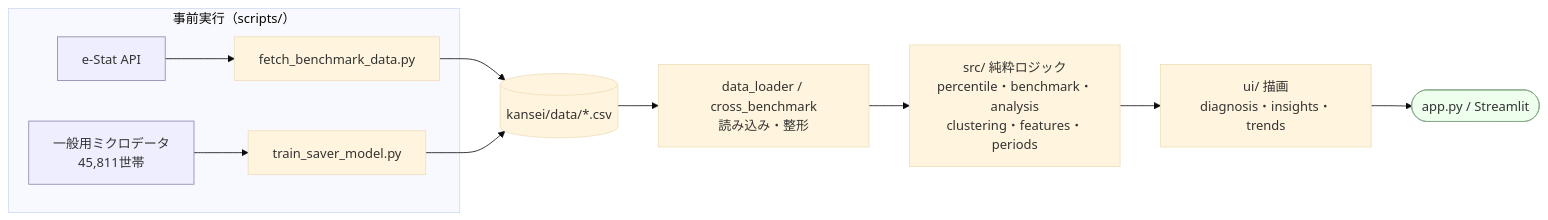
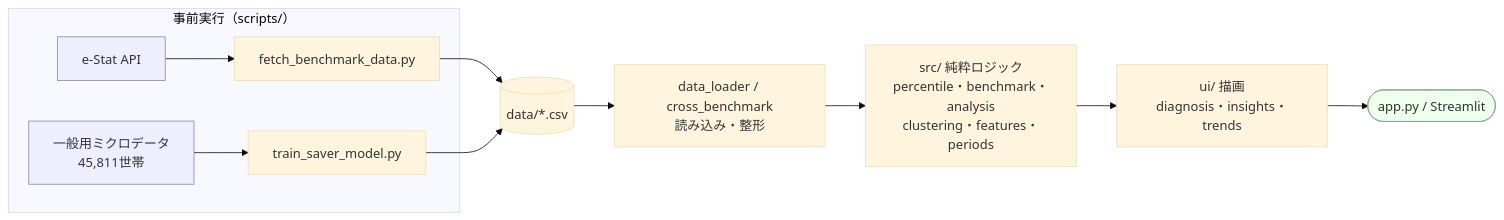
One commit to kyiku/household-finance-analysis changed the diagram in README.md. Above: the diagram before and after it, drawn with Mermaid (base theme). The commit also changed other lines of this file and 45 other files, not shown here.

````diff
--- a/README.md
+++ b/README.md
@@ -257,15 +281,15 @@
 ```mermaid
 flowchart LR
   subgraph pre["事前実行（scripts/）"]
     A1[e-Stat API]:::ext --> S1[fetch_benchmark_data.py]
     A2[一般用ミクロデータ<br/>45,811世帯]:::ext --> S2[train_saver_model.py]
   end
-  S1 --> D[(kansei/data/*.csv)]
+  S1 --> D[(data/*.csv)]
   S2 --> D
   D --> L[data_loader / cross_benchmark<br/>読み込み・整形]
   L --> C[src/ 純粋ロジック<br/>percentile・benchmark・analysis<br/>clustering・features・periods]
   C --> U[ui/ 描画<br/>diagnosis・insights・trends]
   U --> V([app.py / Streamlit]):::app
   classDef ext fill:#eef,stroke:#88a
   classDef app fill:#efe,stroke:#8a8
 ```
````
